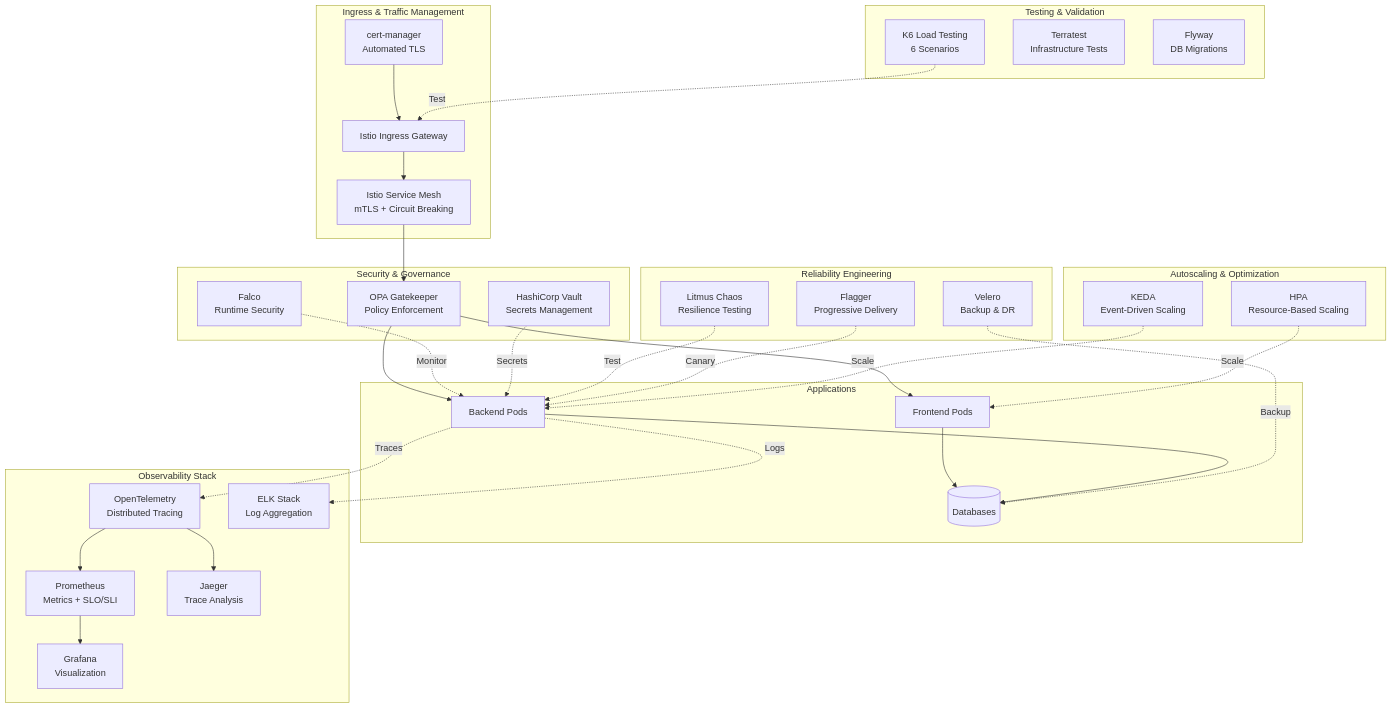
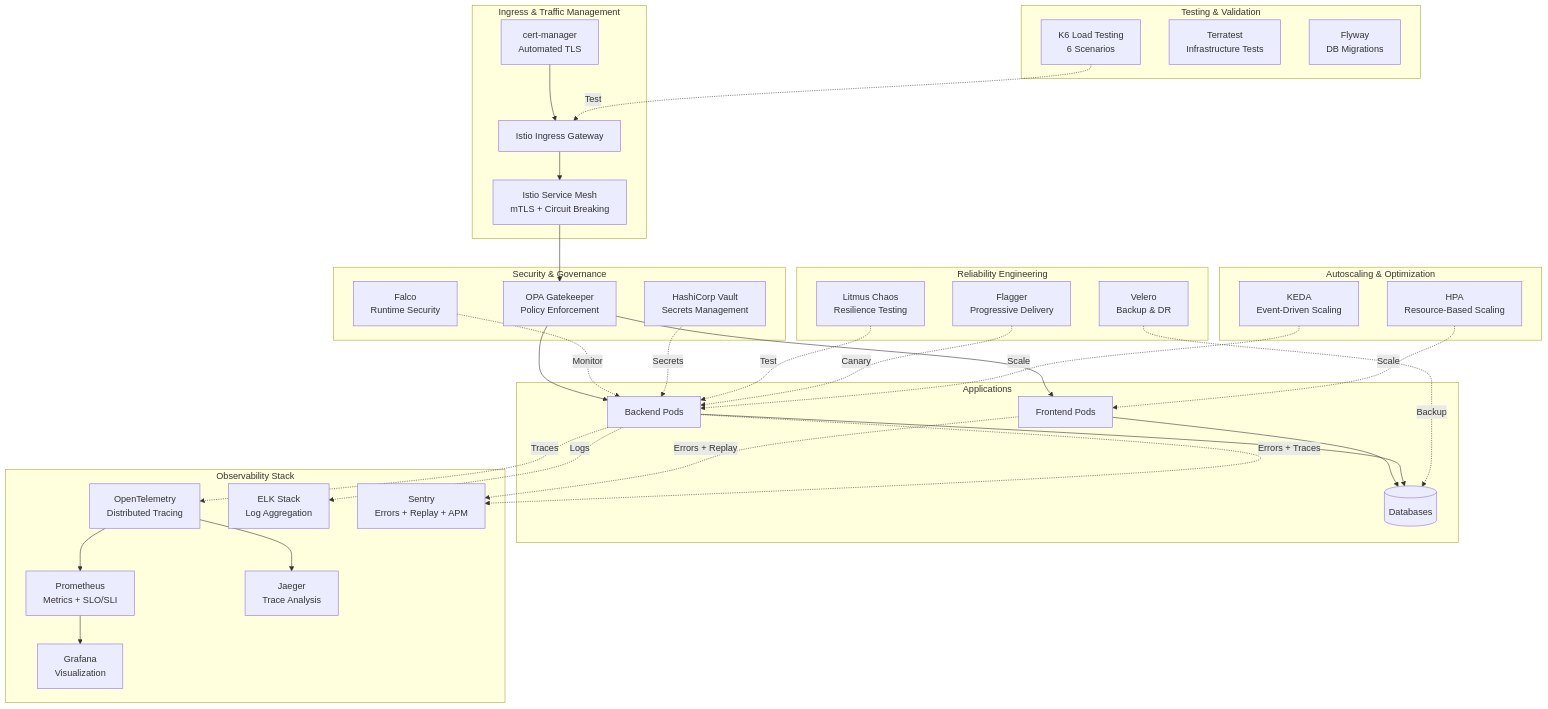
The second of 41 diagrams in ARCHITECTURE.md (hoangsonww/DocuThinker-AI-App), drawn with Mermaid before and after one commit. The commit also changed other lines of this file and 12 other files, not shown here.

````diff
--- a/ARCHITECTURE.md
+++ b/ARCHITECTURE.md
@@ -210,72 +210,75 @@
 ```mermaid
 graph TB
     subgraph "Ingress & Traffic Management"
         SM[Istio Service Mesh<br/>mTLS + Circuit Breaking]
         IG[Istio Ingress Gateway]
         TLS[cert-manager<br/>Automated TLS]
     end
 
     subgraph "Security & Governance"
         OPA[OPA Gatekeeper<br/>Policy Enforcement]
         FALCO[Falco<br/>Runtime Security]
         VAULT[HashiCorp Vault<br/>Secrets Management]
     end
 
     subgraph "Applications"
         FE[Frontend Pods]
         BE[Backend Pods]
         DB[(Databases)]
     end
 
     subgraph "Observability Stack"
         OTEL[OpenTelemetry<br/>Distributed Tracing]
         PROM[Prometheus<br/>Metrics + SLO/SLI]
         GRAF[Grafana<br/>Visualization]
         JAEGER[Jaeger<br/>Trace Analysis]
         ELK[ELK Stack<br/>Log Aggregation]
+        SENTRY[Sentry<br/>Errors + Replay + APM]
     end
 
     subgraph "Reliability Engineering"
         LITMUS[Litmus Chaos<br/>Resilience Testing]
         FLAGGER[Flagger<br/>Progressive Delivery]
         VELERO[Velero<br/>Backup & DR]
     end
 
     subgraph "Autoscaling & Optimization"
         KEDA[KEDA<br/>Event-Driven Scaling]
         HPA[HPA<br/>Resource-Based Scaling]
     end
 
     subgraph "Testing & Validation"
         K6[K6 Load Testing<br/>6 Scenarios]
         TERRATEST[Terratest<br/>Infrastructure Tests]
         FLYWAY[Flyway<br/>DB Migrations]
     end
 
     TLS --> IG
     IG --> SM
     SM --> OPA
     OPA --> FE
     OPA --> BE
 
     FALCO -.->|Monitor| BE
     VAULT -.->|Secrets| BE
 
     FE --> DB
     BE --> DB
 
     BE -.->|Traces| OTEL
     OTEL --> JAEGER
     OTEL --> PROM
     PROM --> GRAF
     BE -.->|Logs| ELK
+    FE -.->|Errors + Replay| SENTRY
+    BE -.->|Errors + Traces| SENTRY
 
     LITMUS -.->|Test| BE
     FLAGGER -.->|Canary| BE
     VELERO -.->|Backup| DB
 
     KEDA -.->|Scale| BE
     HPA -.->|Scale| FE
 
     K6 -.->|Test| IG
 ```
````
